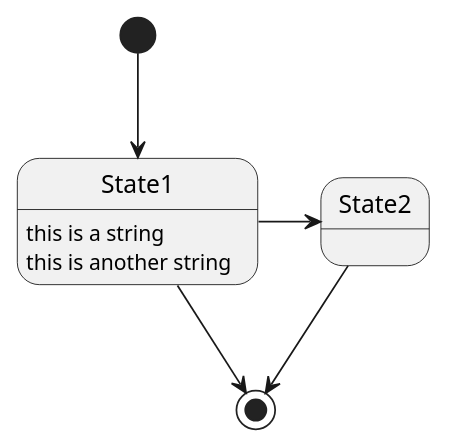
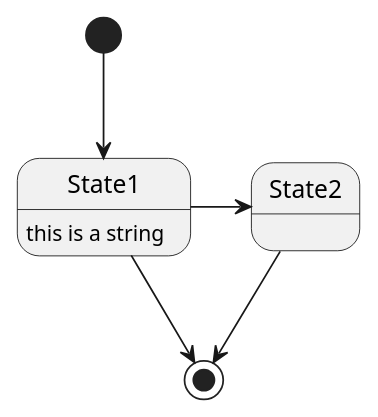
One commit to slinkydeveloper/sdp-project changed the diagram in docs/node_states.puml. Above: the diagram before and after it, drawn with PlantUML. The commit also changed 4 other files, not shown here.

```diff
--- a/docs/node_states.puml
+++ b/docs/node_states.puml
@@ -1,11 +1,10 @@
 @startuml
 
 [*] --> State1
 State1 --> [*]
 State1 : this is a string
-State1 : this is another string
 
 State1 -> State2
 State2 --> [*]
 
 @enduml
```
